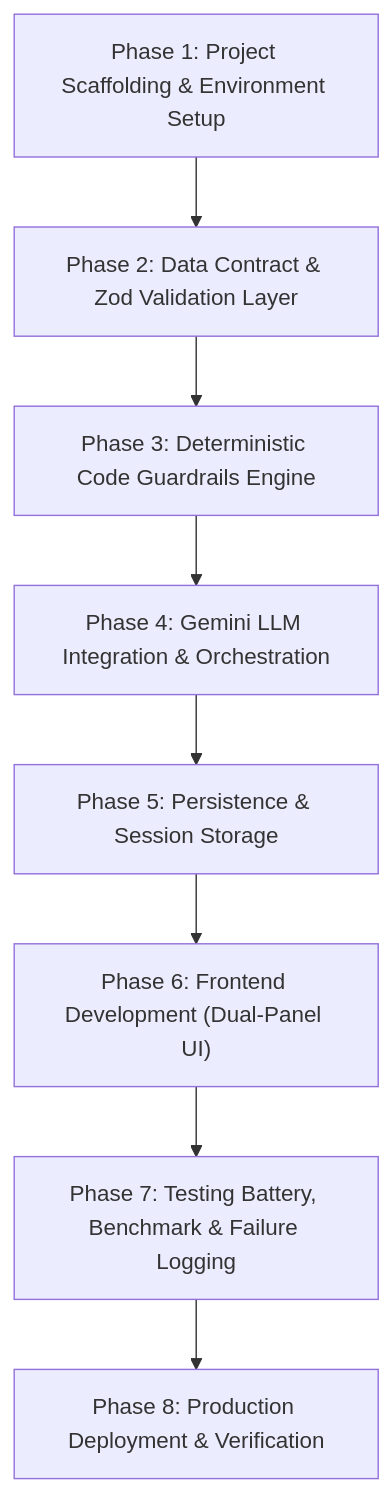
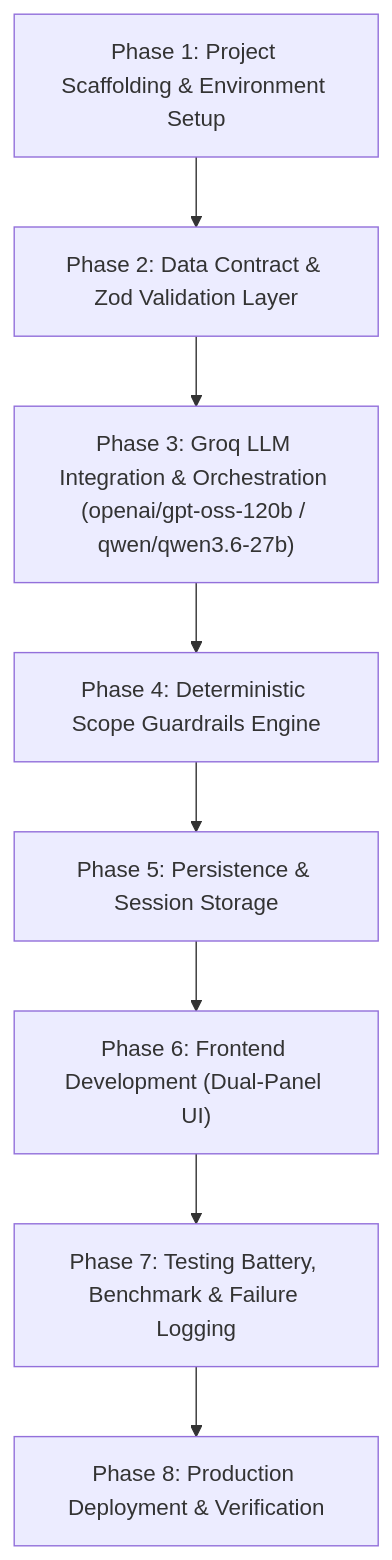
Before and after one commit to sivarajthava/nutrition-chatbot: the diagram in doc/implementation-plan.md, drawn with Mermaid. The commit also changed other lines of this file and 55 other files, not shown here.

````diff
--- a/doc/implementation-plan.md
+++ b/doc/implementation-plan.md
@@ -10,10 +10,10 @@
 ```mermaid
 flowchart TD
     P1["Phase 1: Project Scaffolding & Environment Setup"] --> P2["Phase 2: Data Contract & Zod Validation Layer"]
-    P2 --> P3["Phase 3: Deterministic Code Guardrails Engine"]
-    P3 --> P4["Phase 4: Gemini LLM Integration & Orchestration"]
+    P2 --> P3["Phase 3: Groq LLM Integration & Orchestration (openai/gpt-oss-120b / qwen/qwen3.6-27b)"]
+    P3 --> P4["Phase 4: Deterministic Scope Guardrails Engine"]
     P4 --> P5["Phase 5: Persistence & Session Storage"]
     P5 --> P6["Phase 6: Frontend Development (Dual-Panel UI)"]
     P6 --> P7["Phase 7: Testing Battery, Benchmark & Failure Logging"]
     P7 --> P8["Phase 8: Production Deployment & Verification"]
 ```
````
